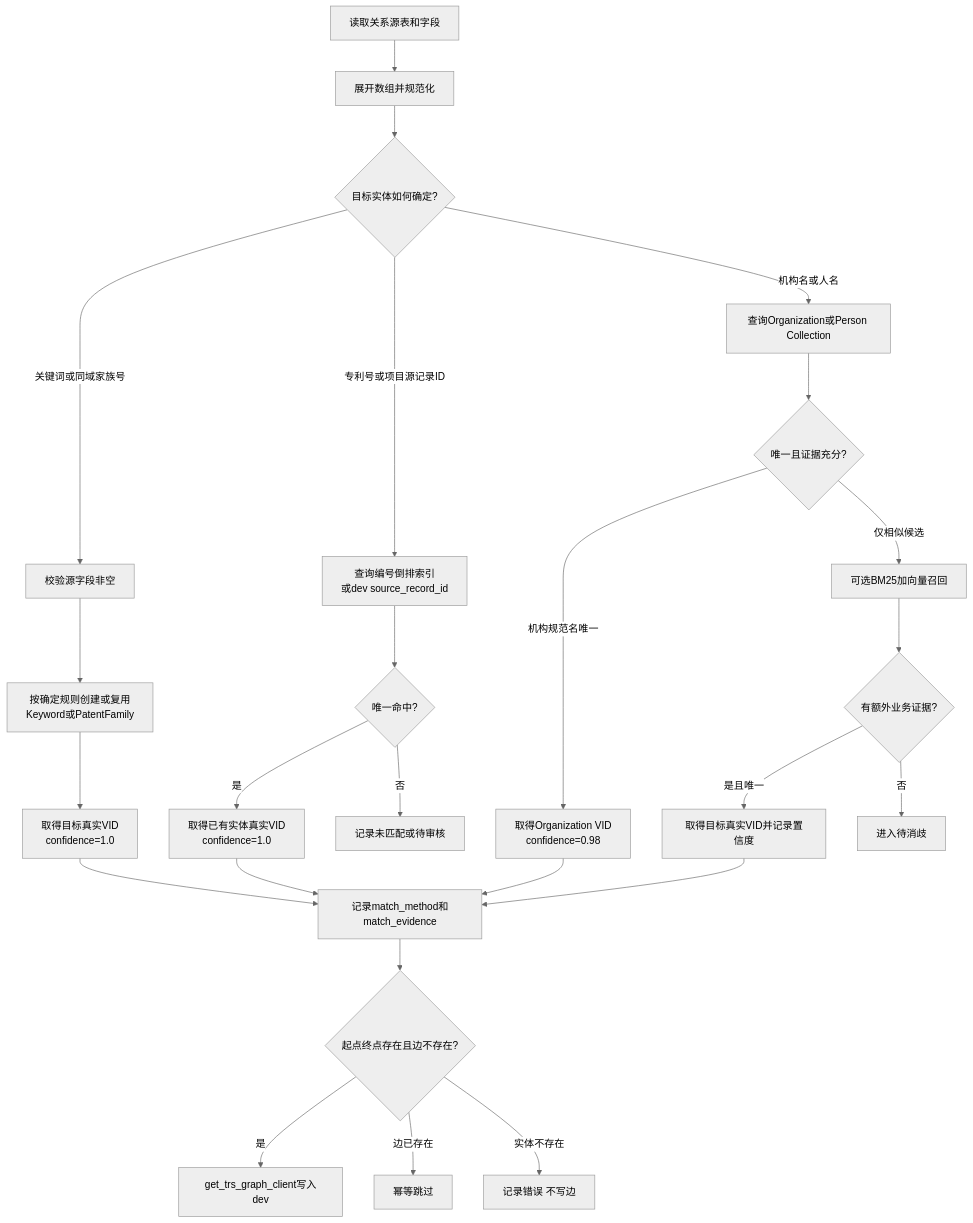
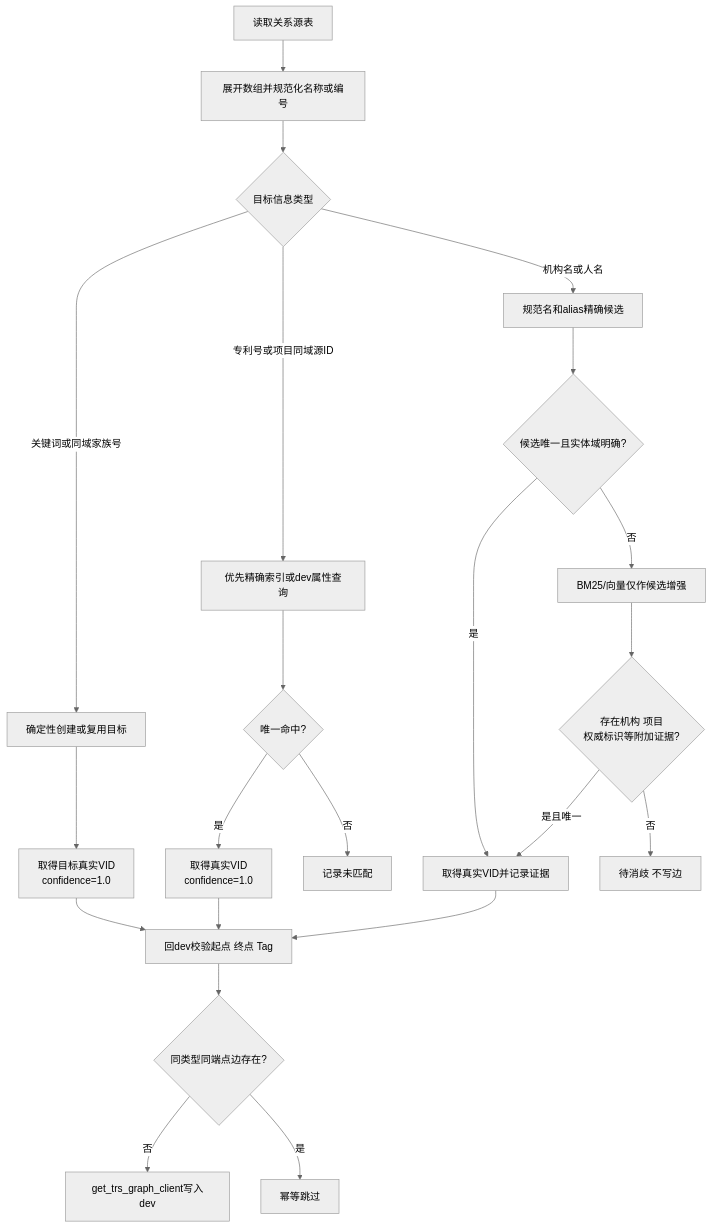
Before and after one commit to Marisolebxf/tech-kg-api: the first of 10 diagrams in backend/schemas/specifications/patent_relation_extraction.md, drawn with Mermaid (neutral theme). The commit also changed other lines of this file and 21 other files, not shown here.

````diff
--- a/backend/schemas/specifications/patent_relation_extraction.md
+++ b/backend/schemas/specifications/patent_relation_extraction.md
@@ -21,31 +19,28 @@
 ```mermaid
 flowchart TD
-    A[读取关系源表和字段] --> B[展开数组并规范化]
-    B --> C{目标实体如何确定?}
+    A[读取关系源表] --> B[展开数组并规范化名称或编号]
+    B --> C{目标信息类型}
 
-    C -->|关键词或同域家族号| D[校验源字段非空]
-    D --> E[按确定规则创建或复用<br/>Keyword或PatentFamily]
-    E --> F[取得目标真实VID<br/>confidence=1.0]
+    C -->|关键词或同域家族号| D[确定性创建或复用目标]
+    D --> E[取得目标真实VID<br/>confidence=1.0]
 
-    C -->|专利号或项目源记录ID| G[查询编号倒排索引<br/>或dev source_record_id]
-    G --> H{唯一命中?}
-    H -->|是| I[取得已有实体真实VID<br/>confidence=1.0]
-    H -->|否| J[记录未匹配或待审核]
+    C -->|专利号或项目同域源ID| F[优先精确索引或dev属性查询]
+    F --> G{唯一命中?}
+    G -->|是| H[取得真实VID<br/>confidence=1.0]
+    G -->|否| I[记录未匹配]
 
-    C -->|机构名或人名| K[查询Organization或Person Collection]
-    K --> L{唯一且证据充分?}
-    L -->|机构规范名唯一| M[取得Organization VID<br/>confidence=0.98]
-    L -->|仅相似候选| N[可选BM25加向量召回]
-    N --> O{有额外业务证据?}
-    O -->|是且唯一| P[取得目标真实VID并记录置信度]
-    O -->|否| Q[进入待消歧]
+    C -->|机构名或人名| J[规范名和alias精确候选]
+    J --> K{候选唯一且实体域明确?}
+    K -->|是| L[取得真实VID并记录证据]
+    K -->|否| M[BM25/向量仅作候选增强]
+    M --> N{存在机构 项目<br/>权威标识等附加证据?}
+    N -->|是且唯一| L
+    N -->|否| O[待消歧 不写边]
 
-    F --> R[记录match_method和match_evidence]
-    I --> R
-    M --> R
-    P --> R
-    R --> S{起点终点存在且边不存在?}
-    S -->|是| T[get_trs_graph_client写入dev]
-    S -->|边已存在| U[幂等跳过]
-    S -->|实体不存在| V[记录错误 不写边]
+    E --> P[回dev校验起点 终点 Tag]
+    H --> P
+    L --> P
+    P --> Q{同类型同端点边存在?}
+    Q -->|否| R[get_trs_graph_client写入dev]
+    Q -->|是| S[幂等跳过]
 ```
````
